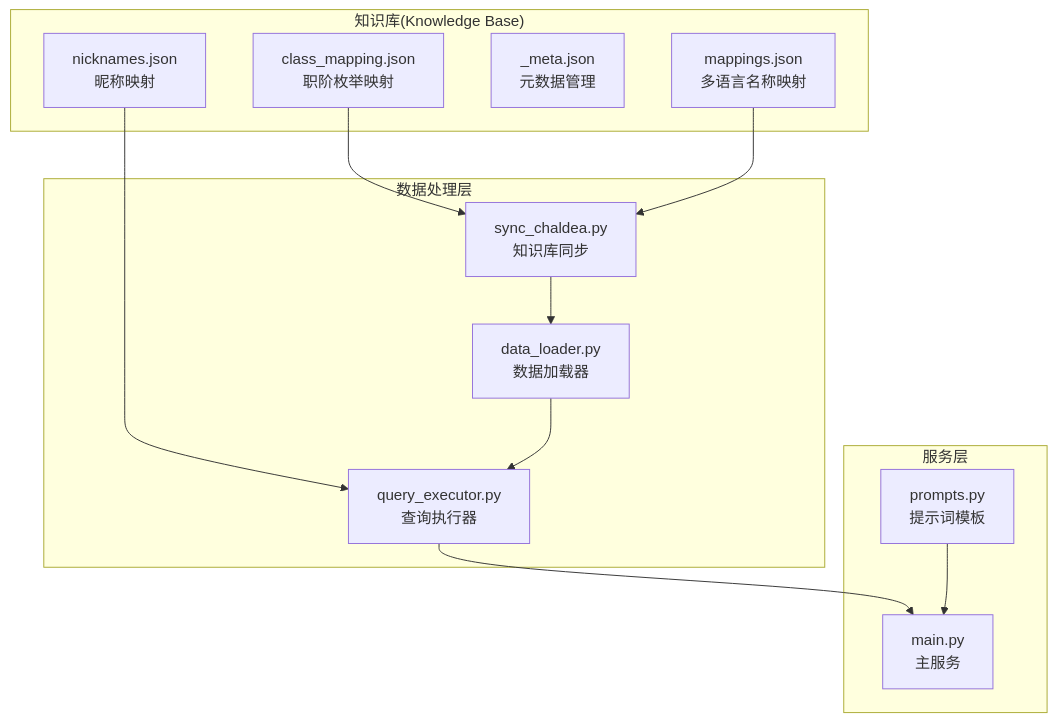
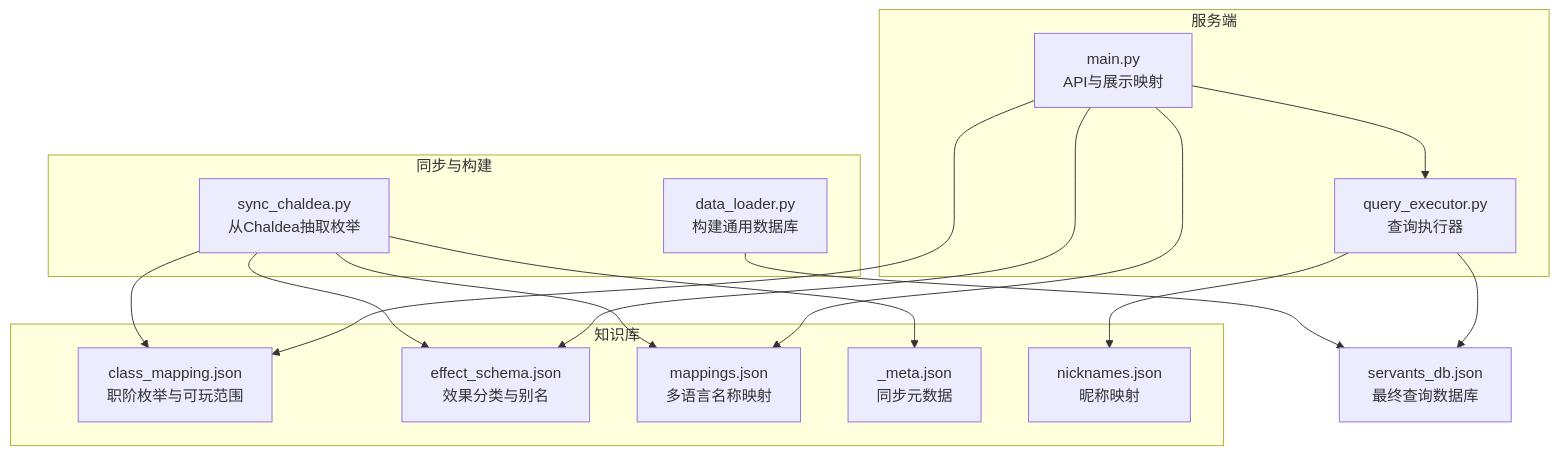
One commit to kanoha222/Laplace changed the first of 7 diagrams in .qoder/repowiki/zh/content/知识库系统/职阶映射系统.md. Above: the diagram before and after it, drawn with Mermaid. The commit also changed other lines of this file and 54 other files, not shown here.

````diff
--- a/.qoder/repowiki/zh/content/知识库系统/职阶映射系统.md
+++ b/.qoder/repowiki/zh/content/知识库系统/职阶映射系统.md
@@ -43,25 +39,30 @@
 ```mermaid
 graph TB
-subgraph "知识库(Knowledge Base)"
-CM[class_mapping.json<br/>职阶枚举映射]
-MAP[mappings.json<br/>多语言名称映射]
-META[_meta.json<br/>元数据管理]
-NICK[nicknames.json<br/>昵称映射]
+subgraph "知识库"
+CM["class_mapping.json<br/>职阶枚举与可玩范围"]
+ES["effect_schema.json<br/>效果分类与别名"]
+MAP["mappings.json<br/>多语言名称映射"]
+META["_meta.json<br/>同步元数据"]
+NICK["nicknames.json<br/>昵称映射"]
 end
-subgraph "数据处理层"
-SYNC[sync_chaldea.py<br/>知识库同步]
-DLOAD[data_loader.py<br/>数据加载器]
-QEXEC[query_executor.py<br/>查询执行器]
+subgraph "同步与构建"
+SYNC["sync_chaldea.py<br/>从Chaldea抽取枚举"]
+DLOAD["data_loader.py<br/>构建通用数据库"]
 end
-subgraph "服务层"
-MAIN[main.py<br/>主服务]
-PROMPTS[prompts.py<br/>提示词模板]
+subgraph "服务端"
+EXEC["query_executor.py<br/>查询执行器"]
+MAIN["main.py<br/>API与展示映射"]
 end
-CM --> SYNC
-MAP --> SYNC
-NICK --> QEXEC
-SYNC --> DLOAD
-DLOAD --> QEXEC
-QEXEC --> MAIN
-PROMPTS --> MAIN
+DB["servants_db.json<br/>最终查询数据库"]
+SYNC --> CM
+SYNC --> ES
+SYNC --> MAP
+SYNC --> META
+DLOAD --> DB
+EXEC --> DB
+MAIN --> EXEC
+MAIN --> CM
+MAIN --> ES
+MAIN --> MAP
+EXEC --> NICK
 ```
````
